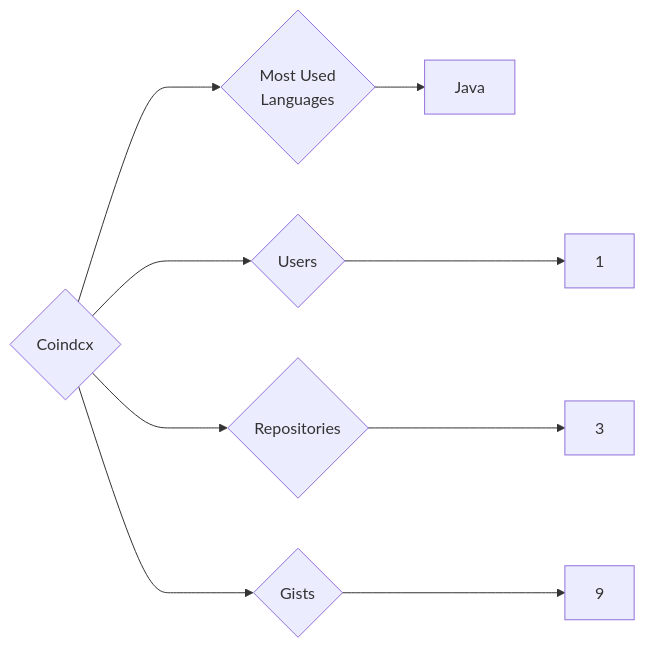
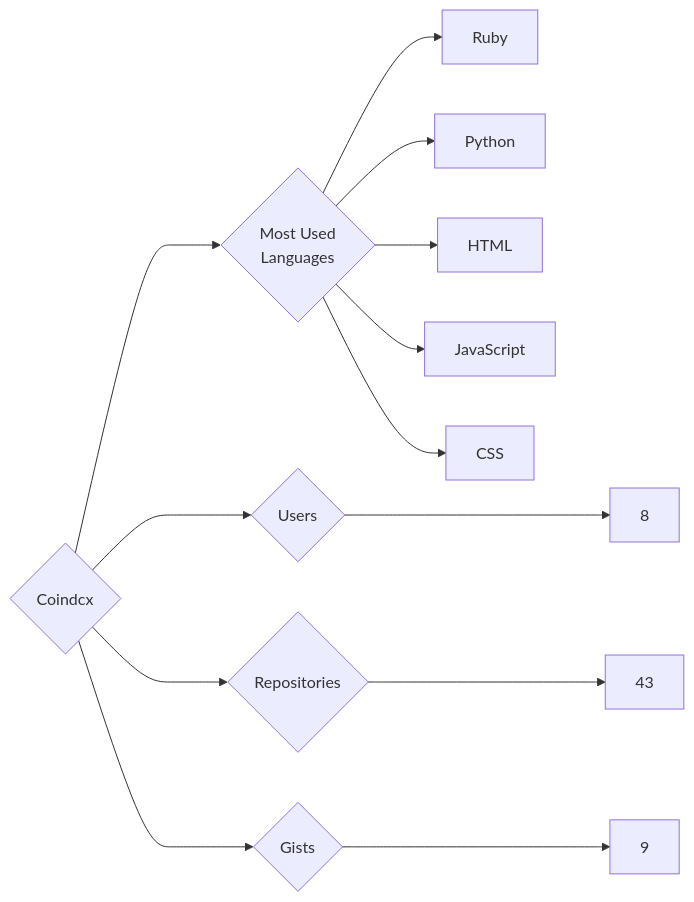
The diagram in targets/Coindcx/README.md (trickest/insiders), drawn with Mermaid before and after one commit. The commit also changed 1167 other files, not shown here.

````diff
--- a/targets/Coindcx/README.md
+++ b/targets/Coindcx/README.md
@@ -3,9 +3,13 @@
 ```mermaid
 graph LR
 COMPANY_NAME{Coindcx}
-COMPANY_NAME ---> U{Users} ---> UN[1]
-COMPANY_NAME ---> R{Repositories} ---> RN[3]
+COMPANY_NAME ---> U{Users} ---> UN[8]
+COMPANY_NAME ---> R{Repositories} ---> RN[43]
 COMPANY_NAME ---> G{Gists} ---> GN[9]
 COMPANY_NAME ---> ML{Most Used<br>Languages}
-ML --> Java[Java]
+ML --> Ruby[Ruby]
+ML --> Python[Python]
+ML --> HTML[HTML]
+ML --> JavaScript[JavaScript]
+ML --> CSS[CSS]
 ```
````
